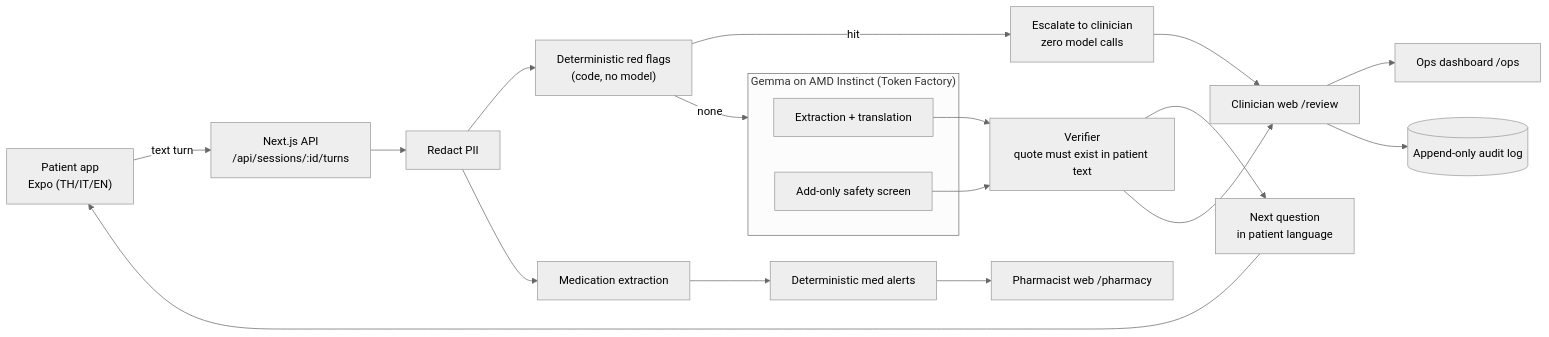
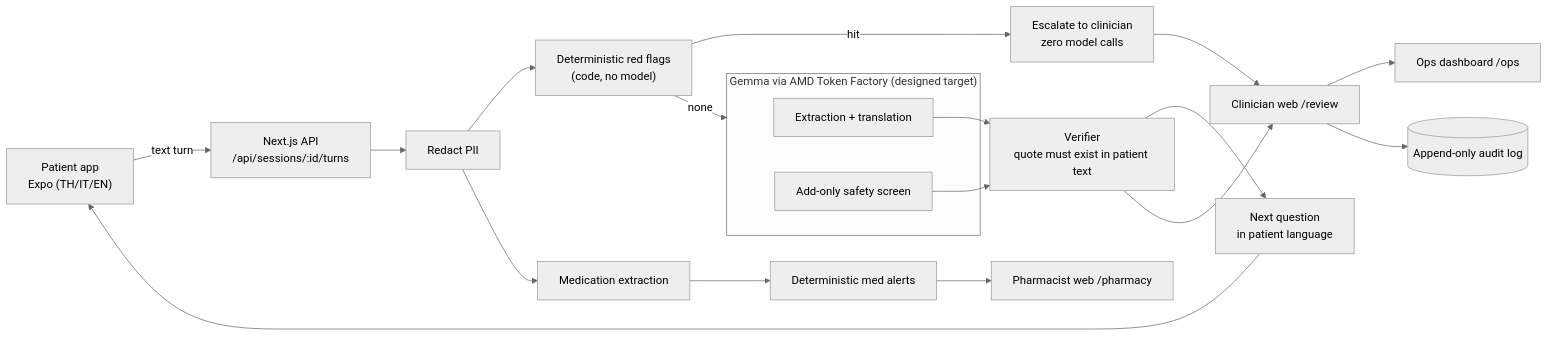
One commit to AscalonX/MedX-AI changed the diagram in README.md. Above: the diagram before and after it, drawn with Mermaid (neutral theme). The commit also changed other lines of this file and 13 other files, not shown here.

````diff
--- a/README.md
+++ b/README.md
@@ -21,22 +21,22 @@
 ```mermaid
 flowchart LR
   P["Patient app<br/>Expo (TH/IT/EN)"] -->|text turn| API["Next.js API<br/>/api/sessions/:id/turns"]
   API --> R["Redact PII"]
   R --> F["Deterministic red flags<br/>(code, no model)"]
   F -->|hit| E["Escalate to clinician<br/>zero model calls"]
   F -->|none| G
-  subgraph G["Gemma on AMD Instinct (Token Factory)"]
+  subgraph G["Gemma via AMD Token Factory (designed target)"]
     X["Extraction + translation"]
     S["Add-only safety screen"]
   end
   X --> V["Verifier<br/>quote must exist in patient text"]
   S --> V
   V --> Q["Next question<br/>in patient language"]
   Q --> P
   R --> M["Medication extraction"] --> D["Deterministic med alerts"]
   V --> C["Clinician web /review"]
   E --> C
   D --> Ph["Pharmacist web /pharmacy"]
   C --> O["Ops dashboard /ops"]
   C --> A[("Append-only audit log")]
 ```
````
